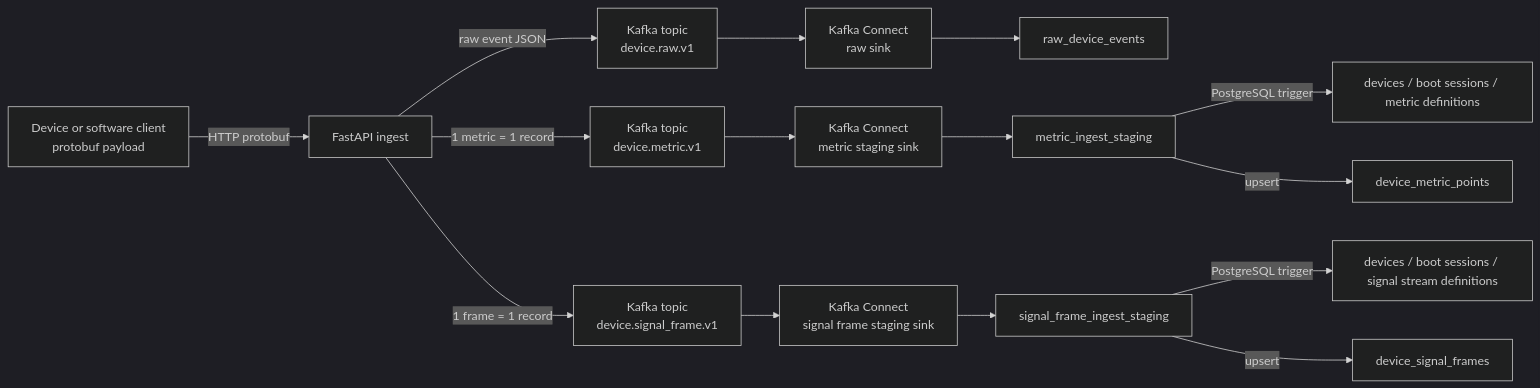
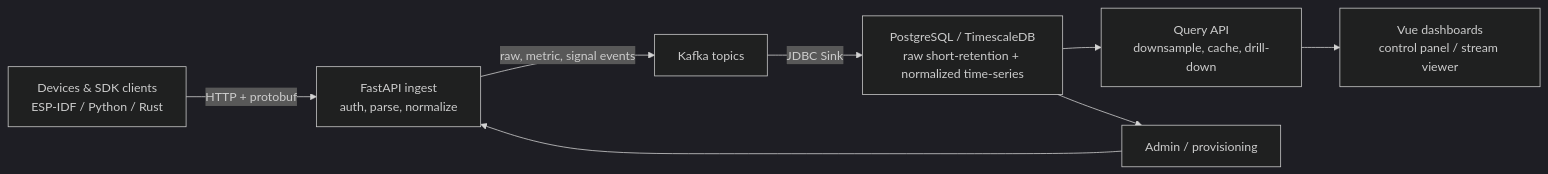
Before and after one commit to donghoonpark/aetus: the first of 2 diagrams in README.md, drawn with Mermaid (dark theme). The commit also changed other lines of this file, not shown here.

Commit message:
Simplify README architecture diagram

````diff
--- a/README.md
+++ b/README.md
@@ -58,17 +58,11 @@
 ```mermaid
 flowchart LR
-    Client["Device or software client<br/>protobuf payload"] -->|"HTTP protobuf"| API["FastAPI ingest"]
-    API -->|"raw event JSON"| RawTopic["Kafka topic<br/>device.raw.v1"]
-    API -->|"1 metric = 1 record"| MetricTopic["Kafka topic<br/>device.metric.v1"]
-    API -->|"1 frame = 1 record"| SignalTopic["Kafka topic<br/>device.signal_frame.v1"]
-    RawTopic --> RawSink["Kafka Connect<br/>raw sink"]
-    MetricTopic --> MetricSink["Kafka Connect<br/>metric staging sink"]
-    SignalTopic --> SignalSink["Kafka Connect<br/>signal frame staging sink"]
-    RawSink --> RawTable["raw_device_events"]
-    MetricSink --> Staging["metric_ingest_staging"]
-    SignalSink --> SignalStaging["signal_frame_ingest_staging"]
-    Staging -->|"PostgreSQL trigger"| Dims["devices / boot sessions / metric definitions"]
-    Staging -->|"upsert"| Points["device_metric_points"]
-    SignalStaging -->|"PostgreSQL trigger"| SignalDims["devices / boot sessions / signal stream definitions"]
-    SignalStaging -->|"upsert"| Frames["device_signal_frames"]
+    Device["Devices & SDK clients<br/>ESP-IDF / Python / Rust"] -->|"HTTP + protobuf"| Ingest["FastAPI ingest<br/>auth, parse, normalize"]
+    Ingest -->|"raw, metric, signal events"| Kafka["Kafka topics"]
+    Kafka -->|"JDBC Sink"| Storage["PostgreSQL / TimescaleDB<br/>raw short-retention + normalized time-series"]
+    Storage --> Query["Query API<br/>downsample, cache, drill-down"]
+    Query --> UI["Vue dashboards<br/>control panel / stream viewer"]
+
+    Admin["Admin / provisioning"] --> Ingest
+    Storage --> Admin
 ```
````
